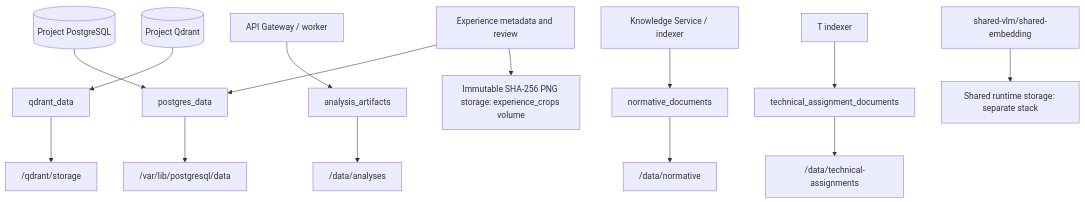
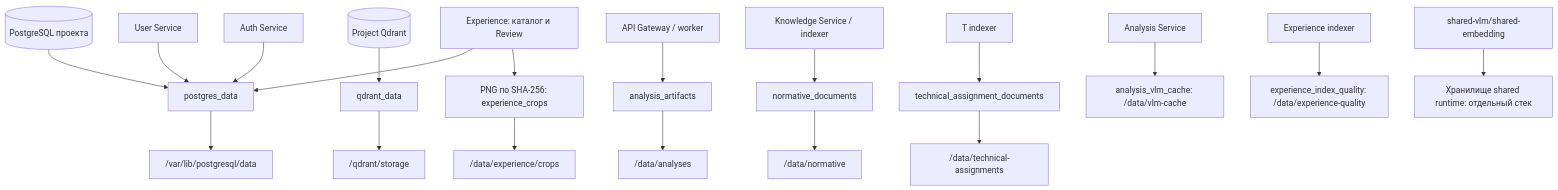
One commit to Amadu-A/PDRD-validation changed diagram 21 of 31 in README.md. Above: the diagram before and after it, drawn with Mermaid. The commit also changed other lines of this file, not shown here.

````diff
--- a/README.md
+++ b/README.md
@@ -534,16 +981,21 @@
 ```mermaid
 flowchart TD
-    PG[("Project PostgreSQL")] --> PGV["postgres_data"]
+    PG[("PostgreSQL проекта")] --> PGV["postgres_data"]
     QD[("Project Qdrant")] --> QDV["qdrant_data"]
     GW["API Gateway / worker"] --> AV["analysis_artifacts"]
     KS["Knowledge Service / indexer"] --> NV["normative_documents"]
     TIDX["T indexer"] --> TV["technical_assignment_documents"]
-    EX["Experience metadata and review"] --> PGV
-    EX --> CROP["Immutable SHA-256 PNG storage: experience_crops volume"]
+    EX["Experience: каталог и Review"] --> PGV
+    EX --> CROP["PNG по SHA-256: experience_crops"]
+    CROP --> CP["/data/experience/crops"]
+    USER["User Service"] --> PGV
+    AUTH["Auth Service"] --> PGV
+    AS["Analysis Service"] --> VC["analysis_vlm_cache: /data/vlm-cache"]
+    EIDX["Experience indexer"] --> EQ["experience_index_quality: /data/experience-quality"]
     PGV --> PGP["/var/lib/postgresql/data"]
     QDV --> QDP["/qdrant/storage"]
     AV --> AP["/data/analyses"]
     NV --> NP["/data/normative"]
     TV --> TP["/data/technical-assignments"]
-    VLM["shared-vlm/shared-embedding"] --> SHARED["Shared runtime storage: separate stack"]
+    VLM["shared-vlm/shared-embedding"] --> SHARED["Хранилище shared runtime: отдельный стек"]
 ```
````
